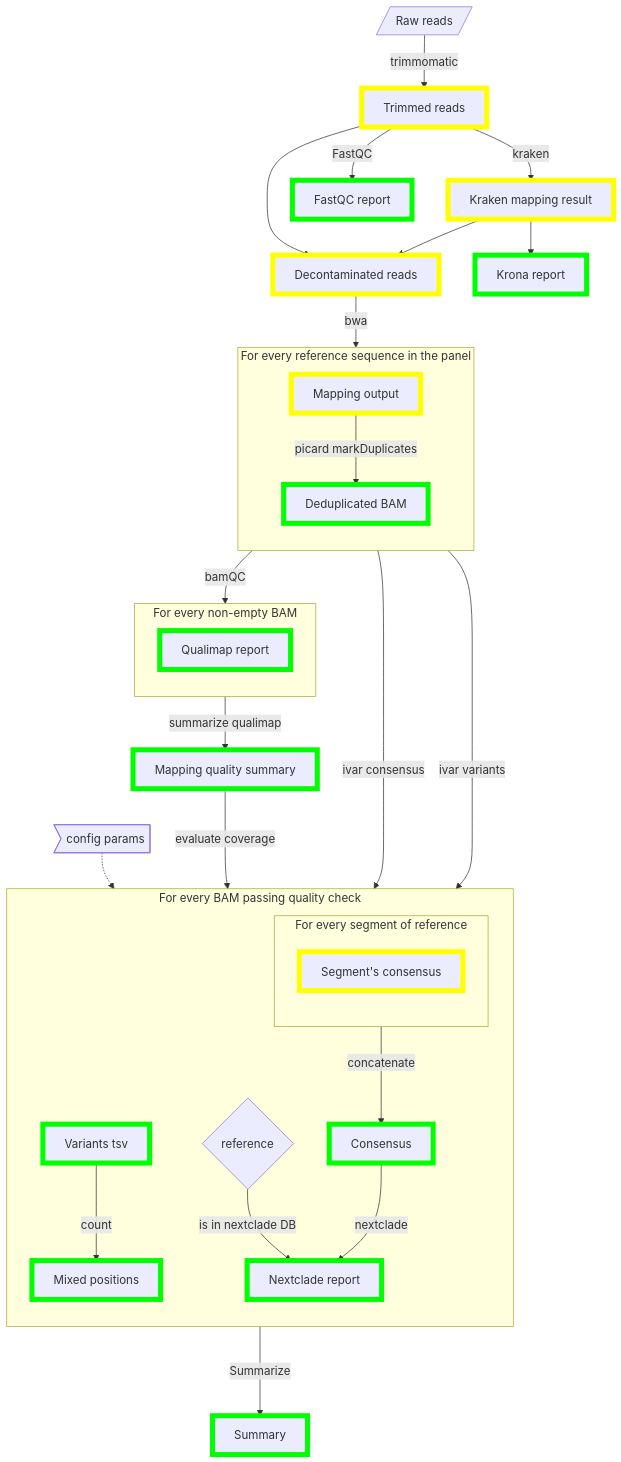
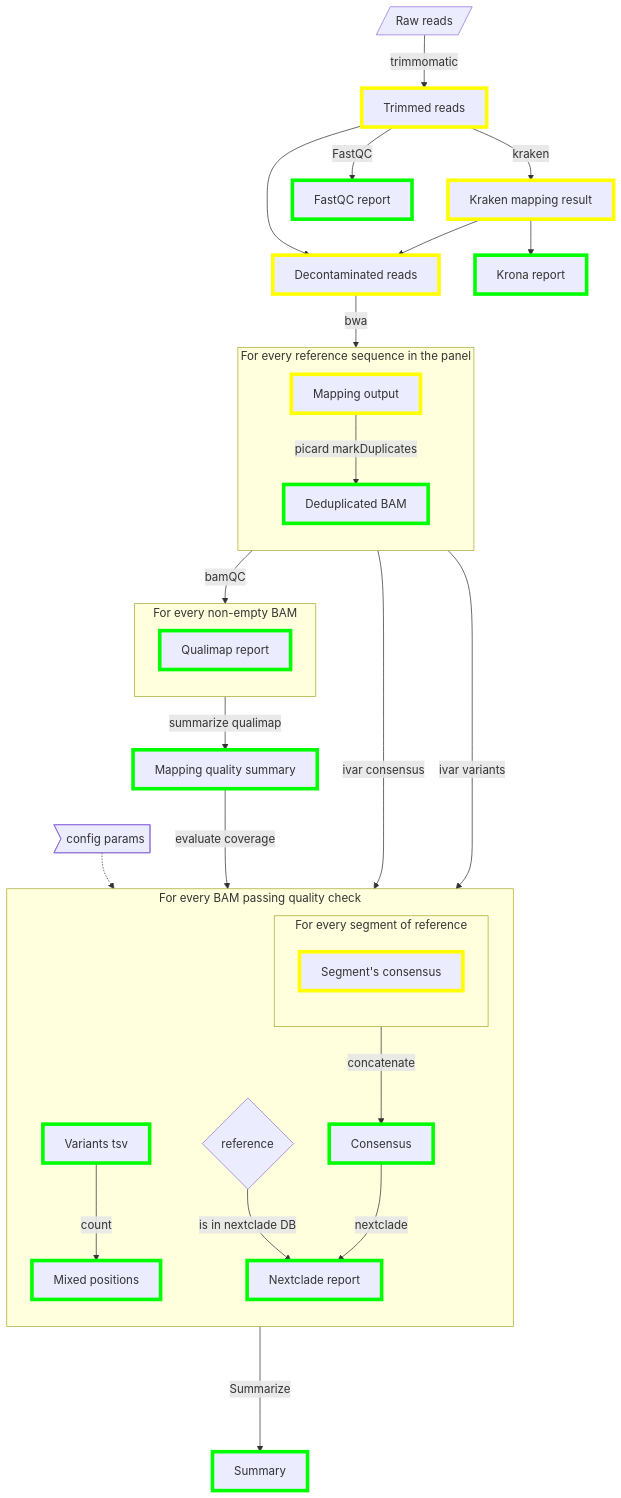
One commit to cuspuk/workflow_respiratory changed the second of 2 diagrams in resources/diagram.md. Above: the diagram before and after it, drawn with Mermaid. The commit also changed other lines of this file and 3 other files, not shown here.

````diff
--- a/resources/diagram.md
+++ b/resources/diagram.md
@@ -20,61 +20,61 @@
 ```mermaid
 flowchart TB;
-  classDef OUTPUT stroke:#00ff00,stroke-width:7px;
-  classDef TEMP stroke:#ffff00,stroke-width:7px;
+  classDef OUTPUT stroke:#00ff00,stroke-width:5px;
+  classDef TEMP stroke:#ffff00,stroke-width:5px;
 
   A[/Raw reads/];
   B[Trimmed reads]:::TEMP;
   F[Decontaminated reads]:::TEMP;
   C[Kraken mapping result]:::TEMP;
   E[Krona report]:::OUTPUT;
   D[FastQC report]:::OUTPUT;
   Z[Summary]:::OUTPUT;
   H[Mapping quality summary]:::OUTPUT;
 
   A-->|trimmomatic|B;
   B-->|kraken|C;
   C-->E;
   B-->F;
   C-->F;
   F-->|bwa|S1;
   B-->|FastQC|D;
 
   S1-->|bamQC|S2;
   S2-->|summarize qualimap|H;
   H--->|evaluate coverage|S3;
   S1-->|ivar consensus|S3_S1;
   S1-->|ivar variants|S3_1;
-  S3--->|Summarize|Z;
+  S3---->|Summarize|Z;
 
   O>config params]-.->S3_2;
 
   subgraph S1[For every reference sequence in the panel];
   direction TB;
     S1_0[Mapping output]:::TEMP;
     S1_1[Deduplicated BAM]:::OUTPUT;
     S1_0-->|picard markDuplicates|S1_1;
   end;
 
   subgraph S2[For every non-empty BAM]
   direction TB;
     S2_0[Qualimap report]:::OUTPUT;
   end;
 
   subgraph S3[For every BAM passing quality check]
   direction TB;
     S3_D{reference};
     S3_0[Consensus]:::OUTPUT;
     S3_1[Variants tsv]:::OUTPUT;
     S3_2[Mixed positions]:::OUTPUT;
     S3_3[Nextclade report]:::OUTPUT;
     S3_S1-->|concatenate|S3_0;
     S3_1-->|count|S3_2;
     S3_D-->|is in nextclade DB|S3_3;
     S3_0-->|nextclade|S3_3;
   end;
 
   subgraph S3_S1[For every segment of reference];
   direction TB;
     S3_S1_0[Segment's consensus]:::TEMP;
   end;
 ```
````
